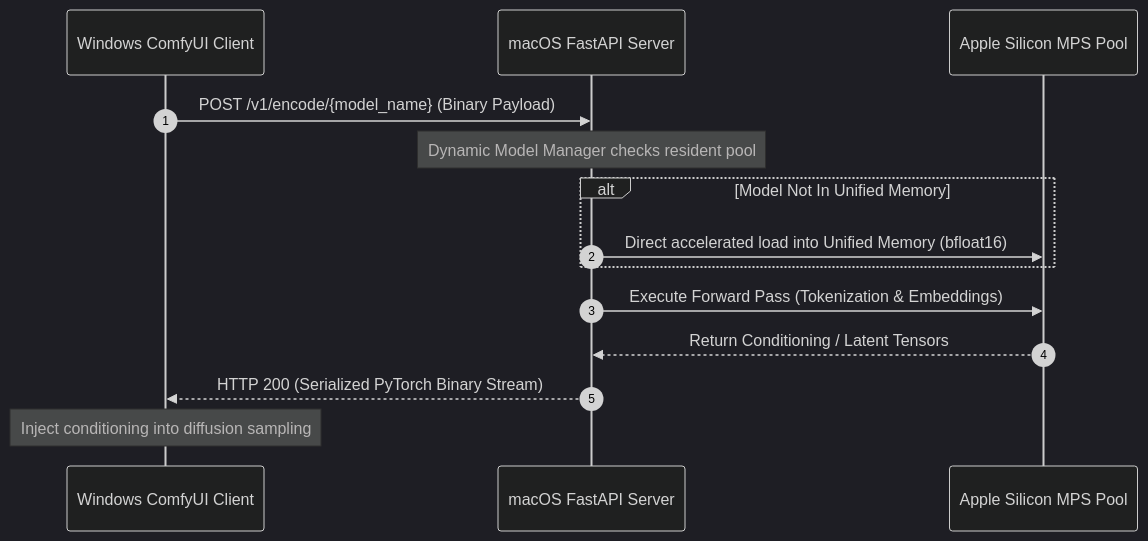
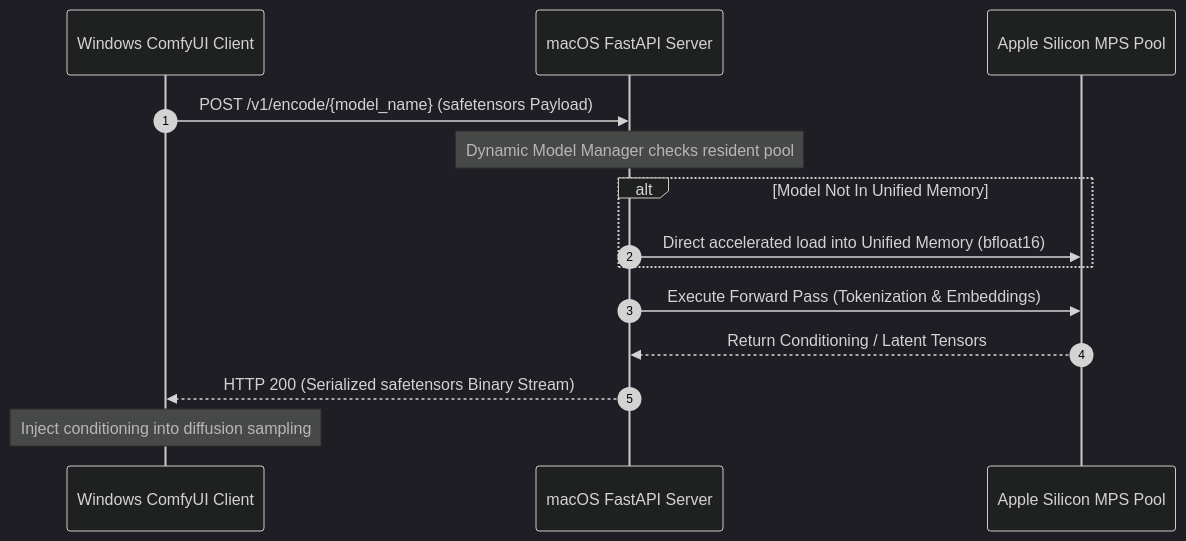
Before and after one commit to j0eyhu/ComfyUI-MacOffload-TE: the diagram in README.md, drawn with Mermaid (dark theme). The commit also changed other lines of this file and 15 other files, not shown here.

````diff
--- a/README.md
+++ b/README.md
@@ -50,17 +52,17 @@
 ```mermaid
 sequenceDiagram
     autonumber
     participant Win as Windows ComfyUI Client
     participant Srv as macOS FastAPI Server
     participant MPS as Apple Silicon MPS Pool
 
-    Win->>Srv: POST /v1/encode/{model_name} (Binary Payload)
+    Win->>Srv: POST /v1/encode/{model_name} (safetensors Payload)
     Note over Srv: Dynamic Model Manager checks resident pool
     alt Model Not In Unified Memory
         Srv->>MPS: Direct accelerated load into Unified Memory (bfloat16)
     end
     Srv->>MPS: Execute Forward Pass (Tokenization & Embeddings)
     MPS-->>Srv: Return Conditioning / Latent Tensors
-    Srv-->>Win: HTTP 200 (Serialized PyTorch Binary Stream)
+    Srv-->>Win: HTTP 200 (Serialized safetensors Binary Stream)
     Note over Win: Inject conditioning into diffusion sampling
 ```
````
